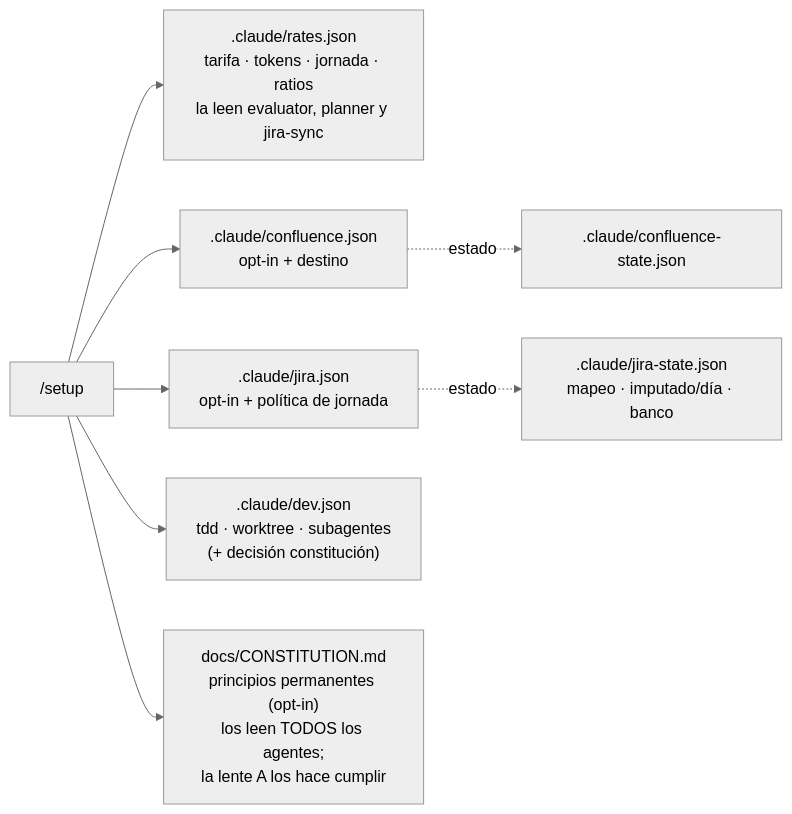
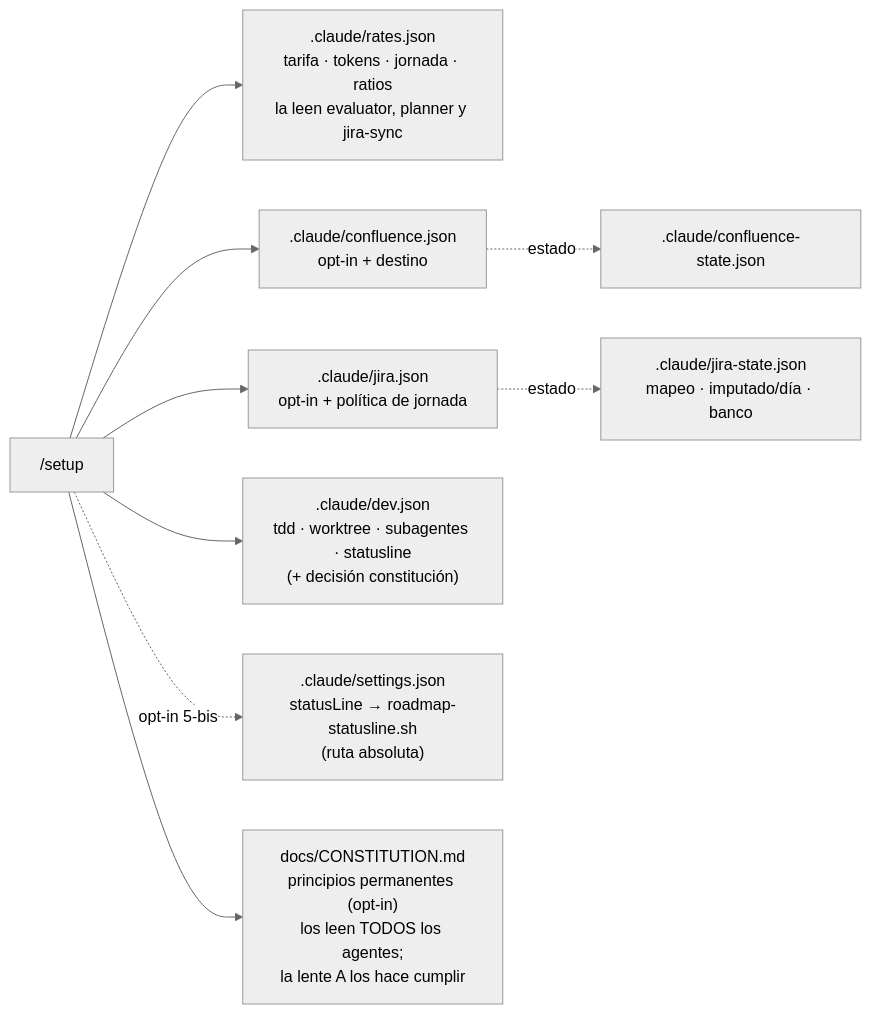
One commit to daycry/custom-agents changed diagram 11 of 11 in docs/FLOWS.md. Above: the diagram before and after it, drawn with Mermaid (neutral theme). The commit also changed other lines of this file and 99 other files, not shown here.

````diff
--- a/docs/FLOWS.md
+++ b/docs/FLOWS.md
@@ -217,10 +260,11 @@
 ```mermaid
 flowchart LR
     A["/setup"] --> B[".claude/rates.json<br/>tarifa · tokens · jornada · ratios<br/>la leen evaluator, planner y jira-sync"]
     A --> C[".claude/confluence.json<br/>opt-in + destino"]
     A --> D[".claude/jira.json<br/>opt-in + política de jornada"]
-    A --> G[".claude/dev.json<br/>tdd · worktree · subagentes<br/>(+ decisión constitución)"]
+    A --> G[".claude/dev.json<br/>tdd · worktree · subagentes · statusline<br/>(+ decisión constitución)"]
+    A -.->|"opt-in 5-bis"| SL[".claude/settings.json<br/>statusLine → roadmap-statusline.sh<br/>(ruta absoluta)"]
     A --> H["docs/CONSTITUTION.md<br/>principios permanentes (opt-in)<br/>los leen TODOS los agentes;<br/>la lente A los hace cumplir"]
     C -.->|estado| E[".claude/confluence-state.json"]
     D -.->|estado| F[".claude/jira-state.json<br/>mapeo · imputado/día · banco"]
 ```
````
